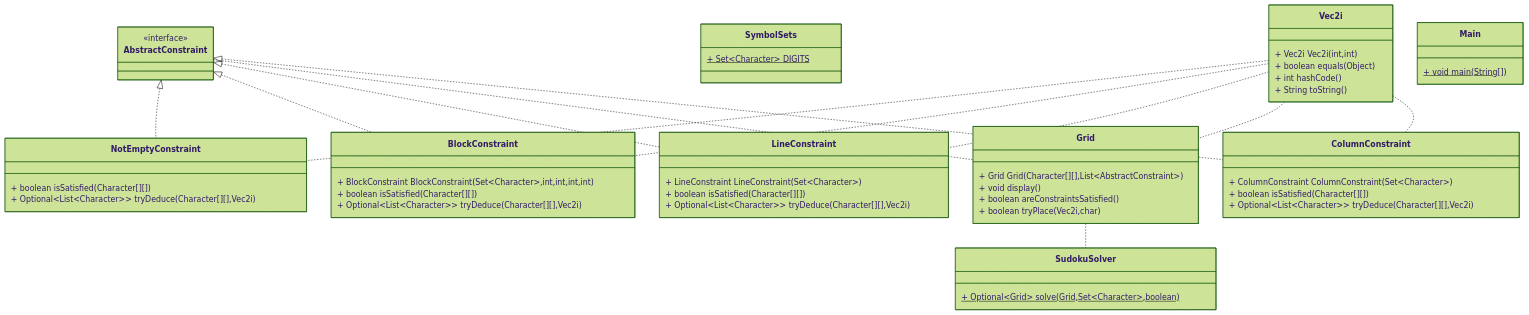
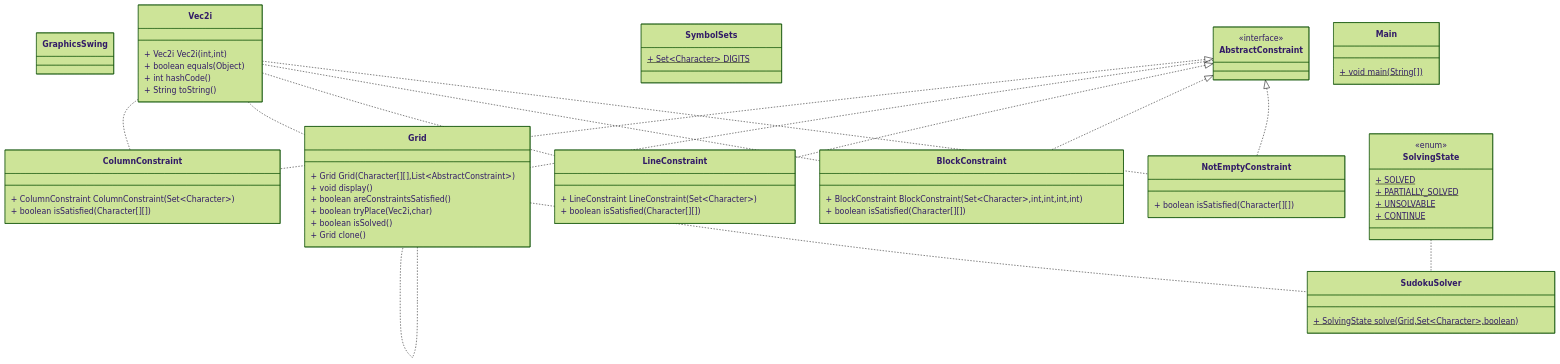
The second of 2 diagrams in README.md (FlashOnFire/SUUUUUUUUUUUudoku), drawn with Mermaid (forest theme) before and after one commit.

Commit message:
doc: update readme diagram

````diff
--- a/README.md
+++ b/README.md
@@ -33,67 +33,78 @@
 ```mermaid
 classDiagram
 class NotEmptyConstraint { 
 + boolean isSatisfied(Character[][])
-+ Optional~List~Character~~ tryDeduce(Character[][],Vec2i)
+}
+
+class GraphicsSwing { 
 }
 
 class BlockConstraint { 
 + BlockConstraint BlockConstraint(Set~Character~,int,int,int,int)
 + boolean isSatisfied(Character[][])
-+ Optional~List~Character~~ tryDeduce(Character[][],Vec2i)
 }
 
 class LineConstraint { 
 + LineConstraint LineConstraint(Set~Character~)
 + boolean isSatisfied(Character[][])
-+ Optional~List~Character~~ tryDeduce(Character[][],Vec2i)
 }
 
 class AbstractConstraint { 
 <<interface>>
 }
 
 class SudokuSolver { 
-+ Optional~Grid~ solve(Grid,Set~Character~,boolean)$
++ SolvingState solve(Grid,Set~Character~,boolean)$
 }
 
 class Grid { 
 + Grid Grid(Character[][],List~AbstractConstraint~)
 + void display()
 + boolean areConstraintsSatisfied()
 + boolean tryPlace(Vec2i,char)
++ boolean isSolved()
++ Grid clone()
 }
 
 class SymbolSets { 
 + Set~Character~ DIGITS$
 }
 
 class Vec2i { 
 + Vec2i Vec2i(int,int)
 + boolean equals(Object)
 + int hashCode()
 + String toString()
 }
 
 class ColumnConstraint { 
 + ColumnConstraint ColumnConstraint(Set~Character~)
 + boolean isSatisfied(Character[][])
-+ Optional~List~Character~~ tryDeduce(Character[][],Vec2i)
+}
+
+class SolvingState { 
+<<enum>>
++ SOLVED$
++ PARTIALLY_SOLVED$
++ UNSOLVABLE$
++ CONTINUE$
 }
 
 class Main { 
 + void main(String[])$
 }
 
 AbstractConstraint <|.. NotEmptyConstraint
 Vec2i .. NotEmptyConstraint
 AbstractConstraint <|.. BlockConstraint
 Vec2i .. BlockConstraint
 AbstractConstraint <|.. LineConstraint
 Vec2i .. LineConstraint
+SolvingState .. SudokuSolver
 Grid .. SudokuSolver
 Vec2i .. Grid
 AbstractConstraint .. Grid
+Grid .. Grid
 AbstractConstraint <|.. ColumnConstraint
 Vec2i .. ColumnConstraint
 ```
````
